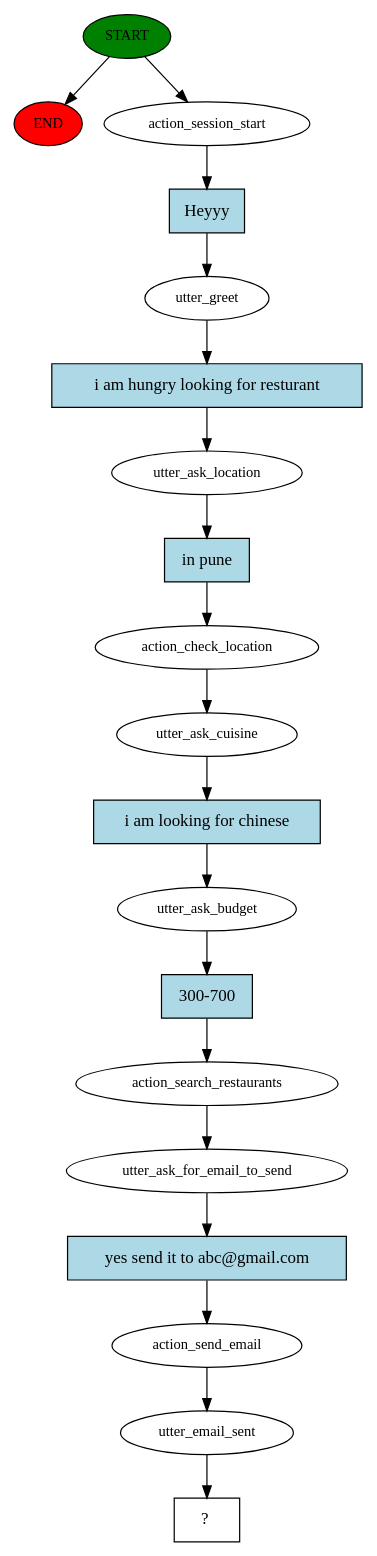
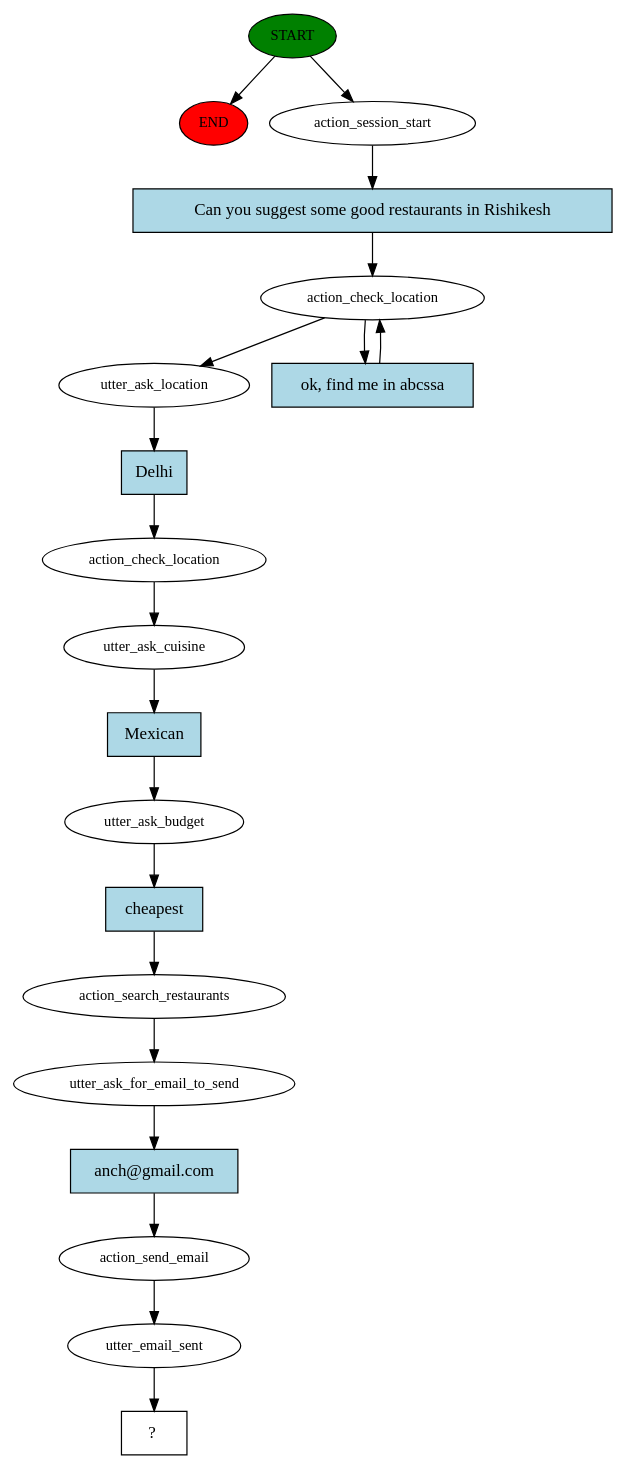
Before and after one commit to Ankursrivastavaaa/ChatBot: the diagram in story_graph.dot, drawn with Graphviz. The commit also changed 7 other files, not shown here.

```diff
--- a/story_graph.dot
+++ b/story_graph.dot
@@ -1,39 +1,40 @@
 digraph  {
 0 [class="start active", fillcolor=green, fontsize=12, label=START, style=filled];
 "-1" [class=end, fillcolor=red, fontsize=12, label=END, style=filled];
 1 [class=active, fontsize=12, label=action_session_start];
-2 [class=active, fontsize=12, label=utter_greet];
-3 [class=active, fontsize=12, label=utter_ask_location];
-4 [class=active, fontsize=12, label=action_check_location];
-5 [class=active, fontsize=12, label=utter_ask_cuisine];
-6 [class=active, fontsize=12, label=utter_ask_budget];
-7 [class=active, fontsize=12, label=action_search_restaurants];
-8 [class=active, fontsize=12, label=utter_ask_for_email_to_send];
-9 [class=active, fontsize=12, label=action_send_email];
-10 [class=active, fontsize=12, label=utter_email_sent];
-11 [class="intent dashed active", label="  ?  ", shape=rect];
-12 [class="intent active", fillcolor=lightblue, label=Heyyy, shape=rect, style=filled];
-13 [class="intent active", fillcolor=lightblue, label="i am hungry looking for resturant", shape=rect, style=filled];
-14 [class="intent active", fillcolor=lightblue, label="in pune", shape=rect, style=filled];
-15 [class="intent active", fillcolor=lightblue, label="i am looking for chinese", shape=rect, style=filled];
-16 [class="intent active", fillcolor=lightblue, label="300-700", shape=rect, style=filled];
-17 [class="intent active", fillcolor=lightblue, label="yes send it to abc@gmail.com", shape=rect, style=filled];
+2 [class=active, fontsize=12, label=action_check_location];
+5 [class=active, fontsize=12, label=utter_ask_location];
+6 [class=active, fontsize=12, label=action_check_location];
+7 [class=active, fontsize=12, label=utter_ask_cuisine];
+8 [class=active, fontsize=12, label=utter_ask_budget];
+9 [class=active, fontsize=12, label=action_search_restaurants];
+10 [class=active, fontsize=12, label=utter_ask_for_email_to_send];
+11 [class=active, fontsize=12, label=action_send_email];
+12 [class=active, fontsize=12, label=utter_email_sent];
+13 [class="intent dashed active", label="  ?  ", shape=rect];
+14 [class="intent active", fillcolor=lightblue, label="Can you suggest some good restaurants in Rishikesh", shape=rect, style=filled];
+15 [class="intent active", fillcolor=lightblue, label="ok, find me in abcssa", shape=rect, style=filled];
+16 [class="intent active", fillcolor=lightblue, label=Delhi, shape=rect, style=filled];
+17 [class="intent active", fillcolor=lightblue, label=Mexican, shape=rect, style=filled];
+18 [class="intent active", fillcolor=lightblue, label=cheapest, shape=rect, style=filled];
+19 [class="intent active", fillcolor=lightblue, label="anch@gmail.com", shape=rect, style=filled];
 0 -> "-1"  [class="", key=NONE, label=""];
 0 -> 1  [class=active, key=NONE, label=""];
-1 -> 12  [class=active, key=0];
-2 -> 13  [class=active, key=0];
-3 -> 14  [class=active, key=0];
-4 -> 5  [class=active, key=NONE, label=""];
-5 -> 15  [class=active, key=0];
-6 -> 16  [class=active, key=0];
-7 -> 8  [class=active, key=NONE, label=""];
-8 -> 17  [class=active, key=0];
+1 -> 14  [class=active, key=0];
+2 -> 5  [class=active, key=NONE, label=""];
+2 -> 15  [class=active, key=0];
+5 -> 16  [class=active, key=0];
+6 -> 7  [class=active, key=NONE, label=""];
+7 -> 17  [class=active, key=0];
+8 -> 18  [class=active, key=0];
 9 -> 10  [class=active, key=NONE, label=""];
-10 -> 11  [class=active, key=NONE, label=""];
-12 -> 2  [class=active, key=0];
-13 -> 3  [class=active, key=0];
-14 -> 4  [class=active, key=0];
-15 -> 6  [class=active, key=0];
-16 -> 7  [class=active, key=0];
-17 -> 9  [class=active, key=0];
+10 -> 19  [class=active, key=0];
+11 -> 12  [class=active, key=NONE, label=""];
+12 -> 13  [class=active, key=NONE, label=""];
+14 -> 2  [class=active, key=0];
+15 -> 2  [class=active, key=0];
+16 -> 6  [class=active, key=0];
+17 -> 8  [class=active, key=0];
+18 -> 9  [class=active, key=0];
+19 -> 11  [class=active, key=0];
 }
```
